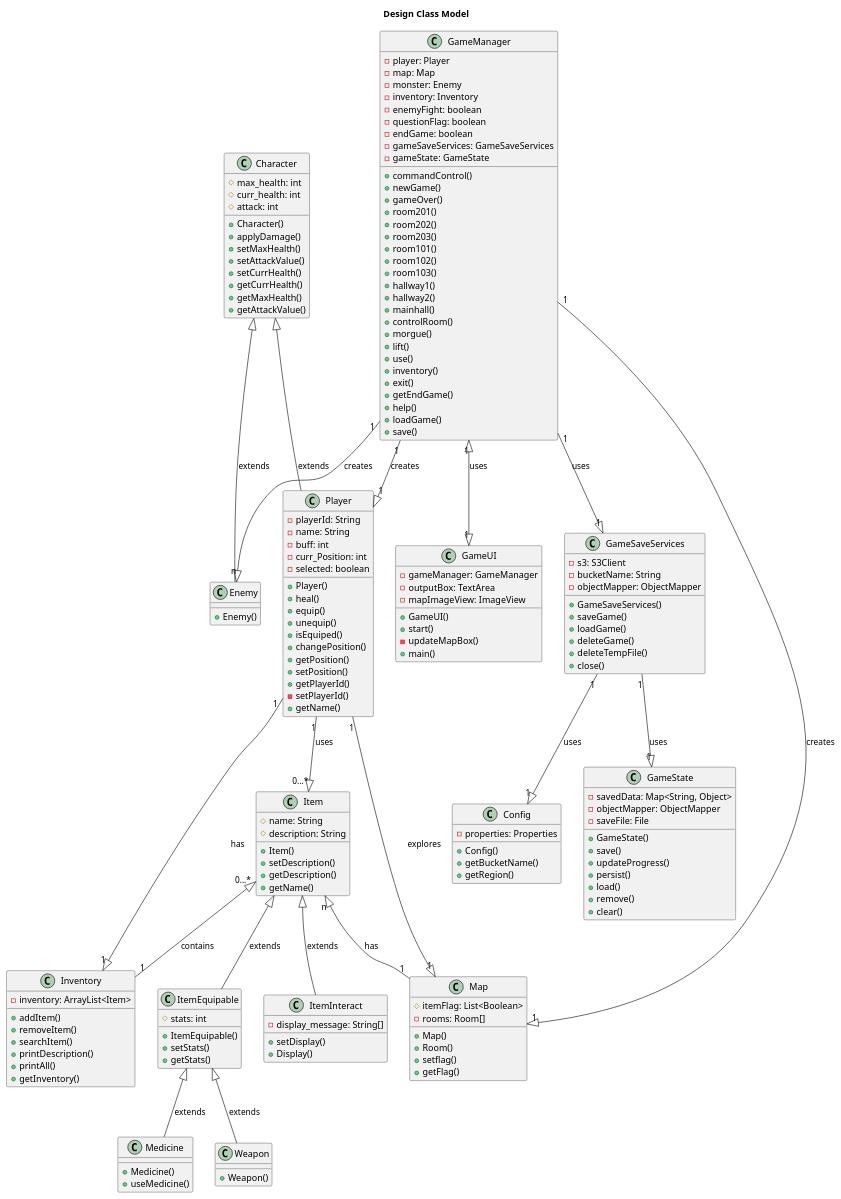
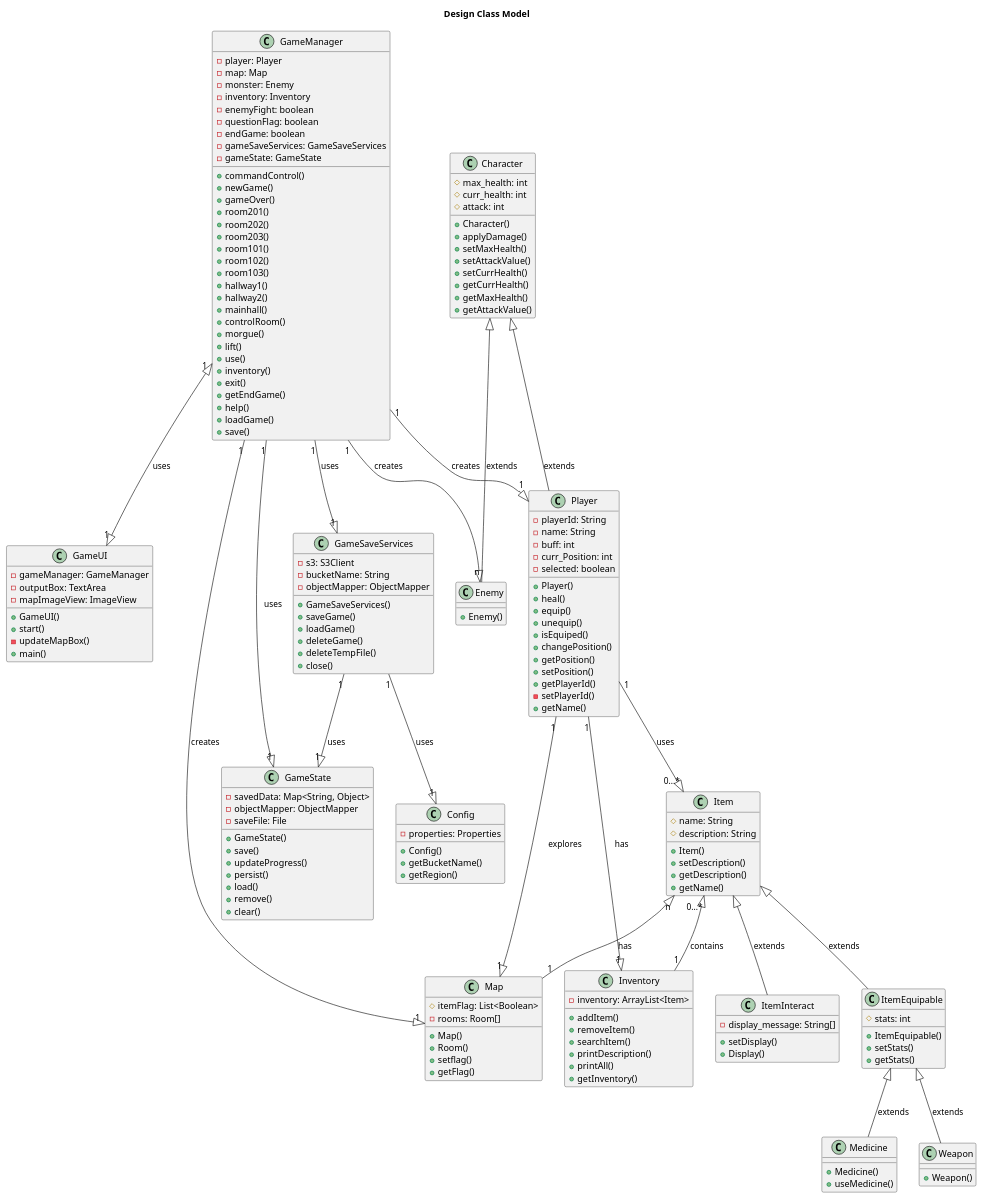
Before and after one commit to LimeiGuan/Text_Adventure_Game: the diagram in docs/uml/DesignClassModel.plantuml, drawn with PlantUML.

```diff
--- a/docs/uml/DesignClassModel.plantuml
+++ b/docs/uml/DesignClassModel.plantuml
@@ -198,6 +198,7 @@
 GameManager"1" <|--|> "1"GameUI : uses
 GameManager"1" --|> "1"Map : creates
 GameManager"1" --|> "1"GameSaveServices : uses
+GameManager"1" --|> "1"GameState : uses
 GameSaveServices"1" --|> "1"GameState : uses
 GameSaveServices"1" --|> "1"Config : uses
 
```
